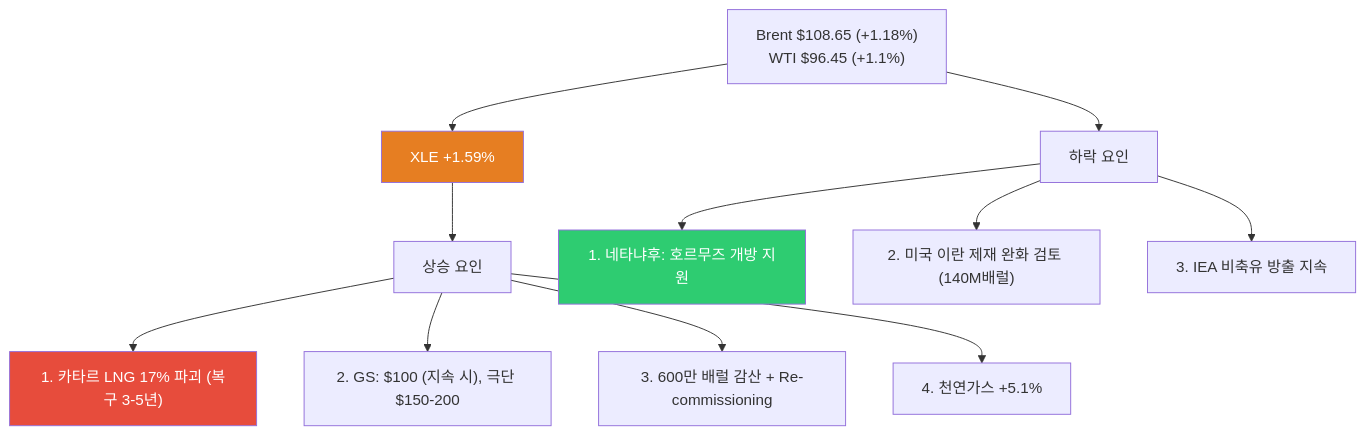
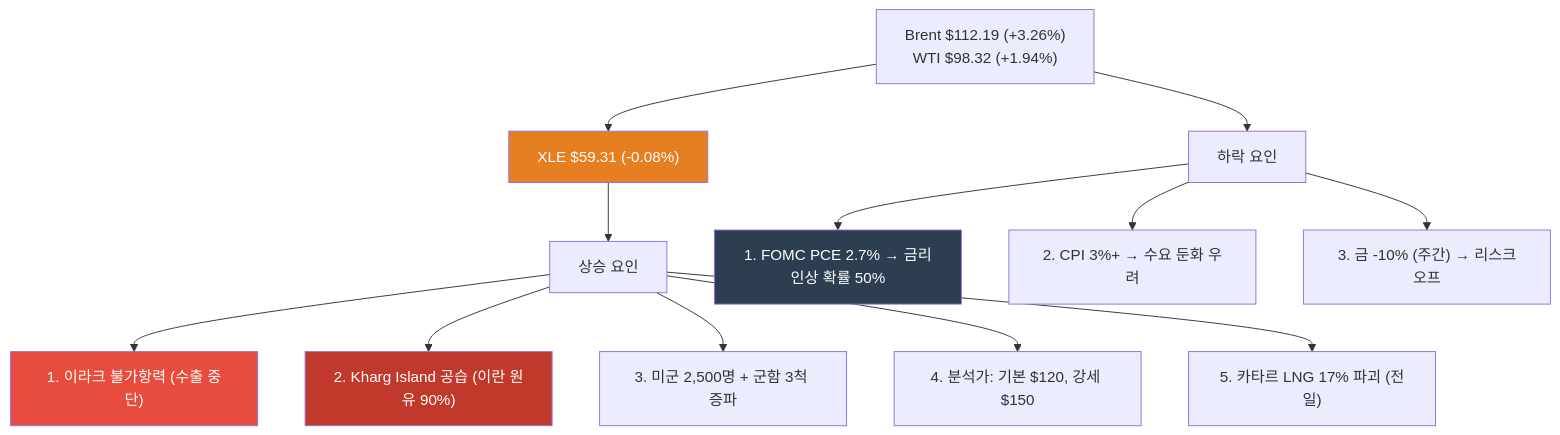
One commit to dss99911/dss99911.github.io changed the sixth of 11 diagrams in _posts/knowledge/invest/2026-03-07-energy-sector-outlook-2026.md. Above: the diagram before and after it, drawn with Mermaid. The commit also changed other lines of this file and 5 other files, not shown here.

````diff
--- a/_posts/knowledge/invest/2026-03-07-energy-sector-outlook-2026.md
+++ b/_posts/knowledge/invest/2026-03-07-energy-sector-outlook-2026.md
@@ -223,18 +239,20 @@
 ```mermaid
 graph TD
-    A["Brent $108.65 (+1.18%)<br/>WTI $96.45 (+1.1%)"] --> B["XLE +1.59%"]
+    A["Brent $112.19 (+3.26%)<br/>WTI $98.32 (+1.94%)"] --> B["XLE $59.31 (-0.08%)"]
     B --> C["상승 요인"]
-    C --> D["1. 카타르 LNG 17% 파괴 (복구 3-5년)"]
-    C --> E["2. GS: $100 (지속 시), 극단 $150-200"]
-    C --> F["3. 600만 배럴 감산 + Re-commissioning"]
-    C --> G["4. 천연가스 +5.1%"]
+    C --> D["1. 이라크 불가항력 (수출 중단)"]
+    C --> E["2. Kharg Island 공습 (이란 원유 90%)"]
+    C --> F["3. 미군 2,500명 + 군함 3척 증파"]
+    C --> G["4. 분석가: 기본 $120, 강세 $150"]
+    C --> G2["5. 카타르 LNG 17% 파괴 (전일)"]
 
     A --> H["하락 요인"]
-    H --> I["1. 네타냐후: 호르무즈 개방 지원"]
-    H --> J["2. 미국 이란 제재 완화 검토 (140M배럴)"]
-    H --> K["3. IEA 비축유 방출 지속"]
+    H --> I["1. FOMC PCE 2.7% → 금리인상 확률 50%"]
+    H --> J["2. CPI 3%+ → 수요 둔화 우려"]
+    H --> K["3. 금 -10% (주간) → 리스크오프"]
 
     style B fill:#e67e22,color:#fff
     style D fill:#e74c3c,color:#fff
-    style I fill:#2ecc71,color:#fff
+    style E fill:#c0392b,color:#fff
+    style I fill:#2c3e50,color:#fff
 ```
````
